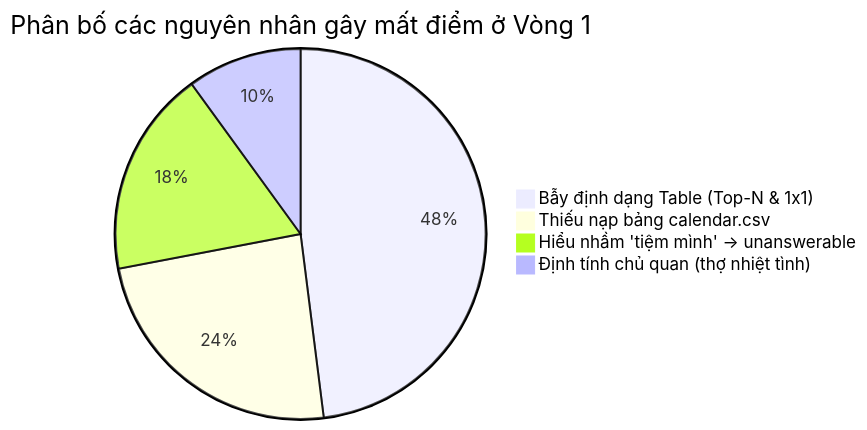
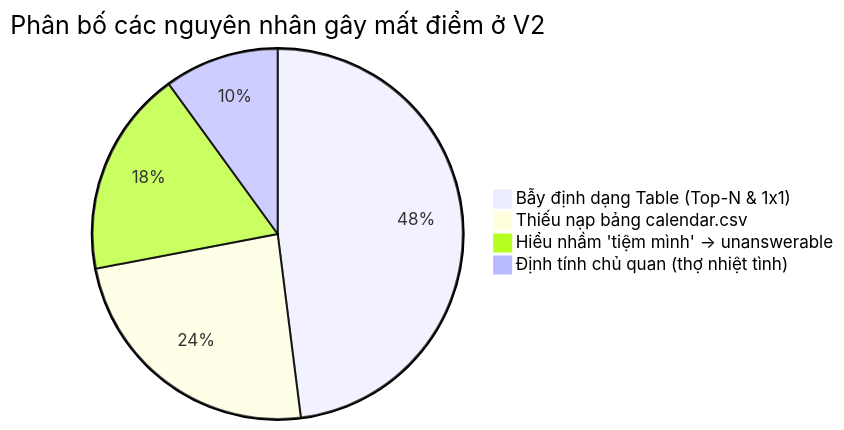
One commit to KL0224/uit-last-dance-aizalo26 changed the second of 2 diagrams in docs/IMPROVEMENT_JOURNEY.md. Above: the diagram before and after it, drawn with Mermaid. The commit also changed other lines of this file, not shown here.

````diff
--- a/docs/IMPROVEMENT_JOURNEY.md
+++ b/docs/IMPROVEMENT_JOURNEY.md
@@ -77,7 +72,7 @@
 ```mermaid
-pie title Phân bố các nguyên nhân gây mất điểm ở Vòng 1
+pie title Phân bố các nguyên nhân gây mất điểm ở V2
     "Bẫy định dạng Table (Top-N & 1x1)" : 48
     "Thiếu nạp bảng calendar.csv" : 24
     "Hiểu nhầm 'tiệm mình' -> unanswerable" : 18
     "Định tính chủ quan (thợ nhiệt tình)" : 10
 ```
````
